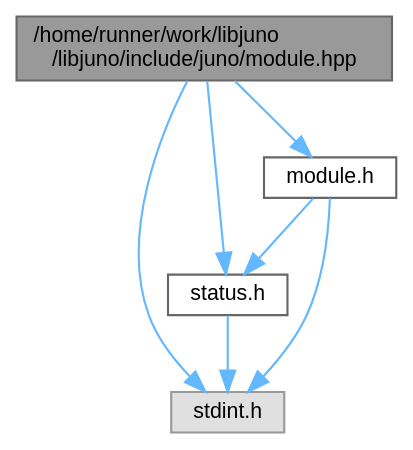
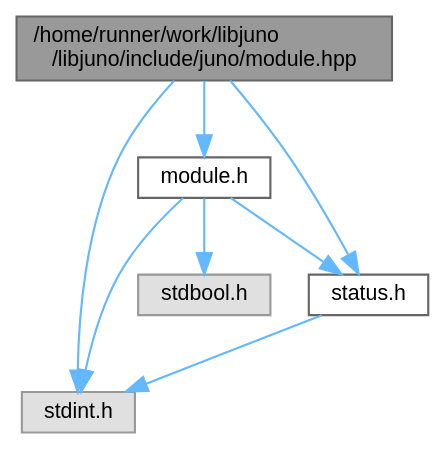
Before and after one commit to robinonsay/libjuno: the diagram in module_8hpp__incl.dot, drawn with Graphviz. The commit also changed 847 other files, not shown here.

```diff
--- a/module_8hpp__incl.dot
+++ b/module_8hpp__incl.dot
@@ -1,17 +1,19 @@
 digraph "/home/runner/work/libjuno/libjuno/include/juno/module.hpp"
 {
  // LATEX_PDF_SIZE
   bgcolor="transparent";
   edge [fontname=Helvetica,fontsize=10,labelfontname=Helvetica,labelfontsize=10];
   node [fontname=Helvetica,fontsize=10,shape=box,height=0.2,width=0.4];
   Node1 [id="Node000001",label="/home/runner/work/libjuno\l/libjuno/include/juno/module.hpp",height=0.2,width=0.4,color="gray40", fillcolor="grey60", style="filled", fontcolor="black",tooltip=" "];
   Node1 -> Node2 [id="edge1_Node000001_Node000002",color="steelblue1",style="solid",tooltip=" "];
-  Node2 [id="Node000002",label="status.h",height=0.2,width=0.4,color="grey40", fillcolor="white", style="filled",URL="$status_8h.html",tooltip=" "];
+  Node2 [id="Node000002",label="status.h",height=0.2,width=0.4,color="grey40", fillcolor="white", style="filled",URL="$status_8h.html",tooltip="Status codes and failure-handling helpers for LibJuno."];
   Node2 -> Node3 [id="edge2_Node000002_Node000003",color="steelblue1",style="solid",tooltip=" "];
   Node3 [id="Node000003",label="stdint.h",height=0.2,width=0.4,color="grey60", fillcolor="#E0E0E0", style="filled",tooltip=" "];
   Node1 -> Node3 [id="edge3_Node000001_Node000003",color="steelblue1",style="solid",tooltip=" "];
   Node1 -> Node4 [id="edge4_Node000001_Node000004",color="steelblue1",style="solid",tooltip=" "];
-  Node4 [id="Node000004",label="module.h",height=0.2,width=0.4,color="grey40", fillcolor="white", style="filled",URL="$module_8h.html",tooltip=" "];
+  Node4 [id="Node000004",label="module.h",height=0.2,width=0.4,color="grey40", fillcolor="white", style="filled",URL="$module_8h.html",tooltip="Module system and dependency injection primitives for LibJuno."];
   Node4 -> Node2 [id="edge5_Node000004_Node000002",color="steelblue1",style="solid",tooltip=" "];
   Node4 -> Node3 [id="edge6_Node000004_Node000003",color="steelblue1",style="solid",tooltip=" "];
+  Node4 -> Node5 [id="edge7_Node000004_Node000005",color="steelblue1",style="solid",tooltip=" "];
+  Node5 [id="Node000005",label="stdbool.h",height=0.2,width=0.4,color="grey60", fillcolor="#E0E0E0", style="filled",tooltip=" "];
 }
```
